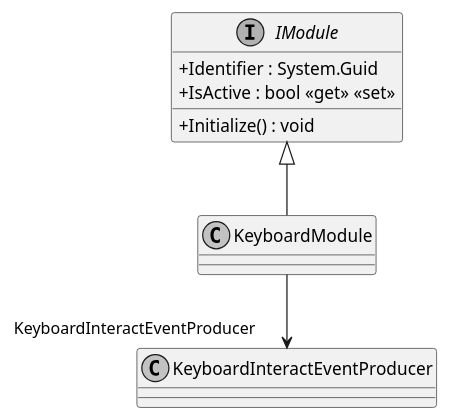
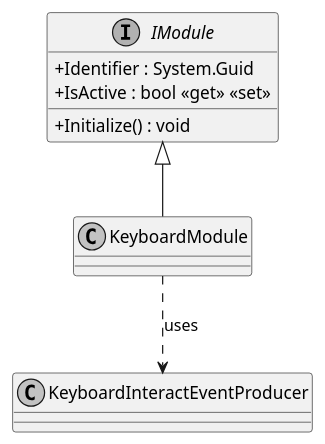
The diagram in documents/sd/plantuml/application/Modules/Keyboard/KeyboardModule.puml (insightmind/MORR), drawn with PlantUML before and after one commit. The commit also changed 10 other files, not shown here.

```diff
--- a/documents/sd/plantuml/application/Modules/Keyboard/KeyboardModule.puml
+++ b/documents/sd/plantuml/application/Modules/Keyboard/KeyboardModule.puml
@@ -1,16 +1,16 @@
 @startuml
 skinparam monochrome true
 skinparam classAttributeIconSize 0
 
 class KeyboardModule {
 }
 
 interface IModule {
     + Identifier : System.Guid
     + IsActive : bool <<get>> <<set>>
     + Initialize() : void
 }
 
 IModule <|-- KeyboardModule
-KeyboardModule --> "  KeyboardInteractEventProducer" KeyboardInteractEventProducer
+KeyboardModule ..> KeyboardInteractEventProducer : "uses"
 @enduml
```
